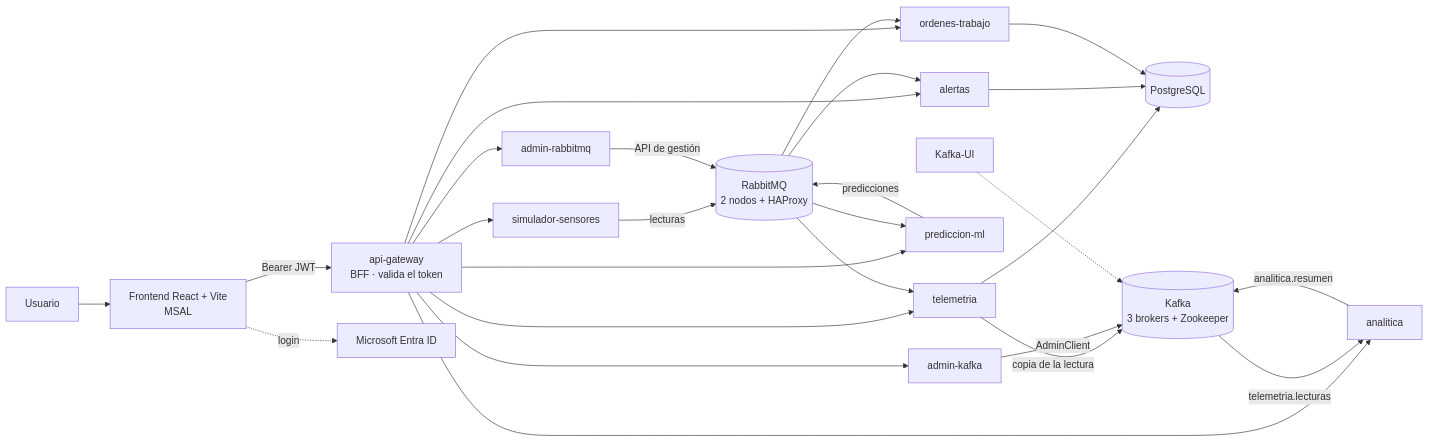
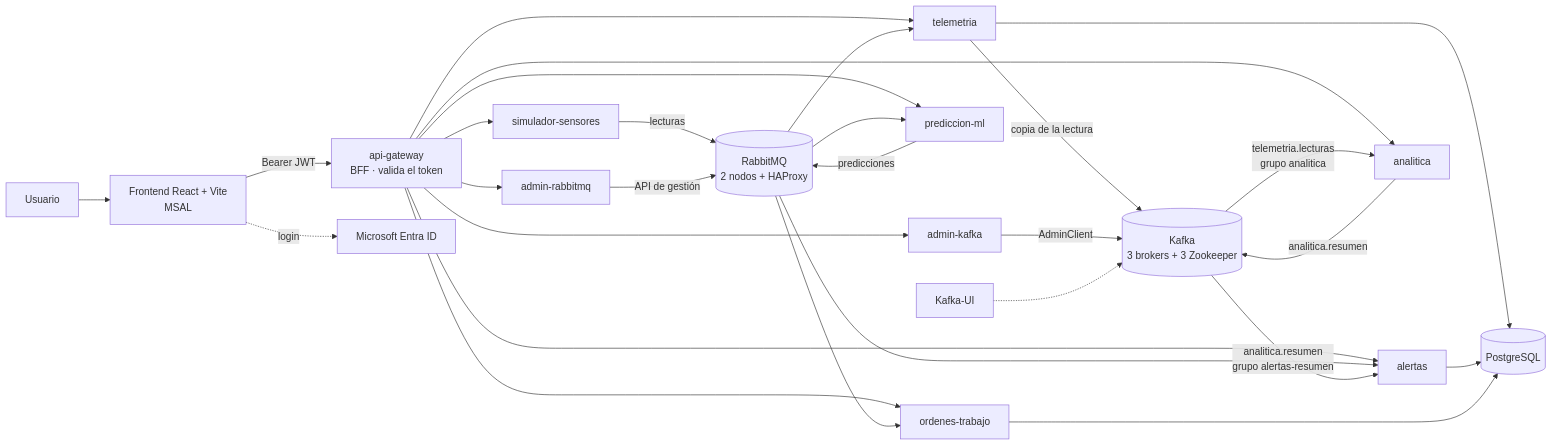
Before and after one commit to gonzalopalma22/EMaintenance: the diagram in README.md, drawn with Mermaid. The commit also changed other lines of this file, not shown here.

````diff
--- a/README.md
+++ b/README.md
@@ -18,32 +19,33 @@
 ```mermaid
 flowchart LR
     U[Usuario] --> F[Frontend React + Vite<br/>MSAL]
     F -->|Bearer JWT| G[api-gateway<br/>BFF · valida el token]
     G --> A[admin-rabbitmq]
     G --> T[telemetria]
     G --> AL[alertas]
     G --> O[ordenes-trabajo]
     G --> S[simulador-sensores]
     G --> P[prediccion-ml]
     G --> AK[admin-kafka]
     G --> AN[analitica]
 
     S -->|lecturas| R[(RabbitMQ<br/>2 nodos + HAProxy)]
     R --> T
     T --> DB[(PostgreSQL)]
     R --> P
     P -->|predicciones| R
     R --> AL
     AL --> DB
     R --> O
     O --> DB
     A -->|API de gestión| R
 
-    T -->|copia de la lectura| K[(Kafka<br/>3 brokers + Zookeeper)]
-    K -->|telemetria.lecturas| AN
+    T -->|copia de la lectura| K[(Kafka<br/>3 brokers + 3 Zookeeper)]
+    K -->|telemetria.lecturas<br/>grupo analitica| AN
     AN -->|analitica.resumen| K
+    K -->|analitica.resumen<br/>grupo alertas-resumen| AL
     AK -->|AdminClient| K
     KUI[Kafka-UI] -.-> K
 
     F -. login .-> E[Microsoft Entra ID]
 ```
````
